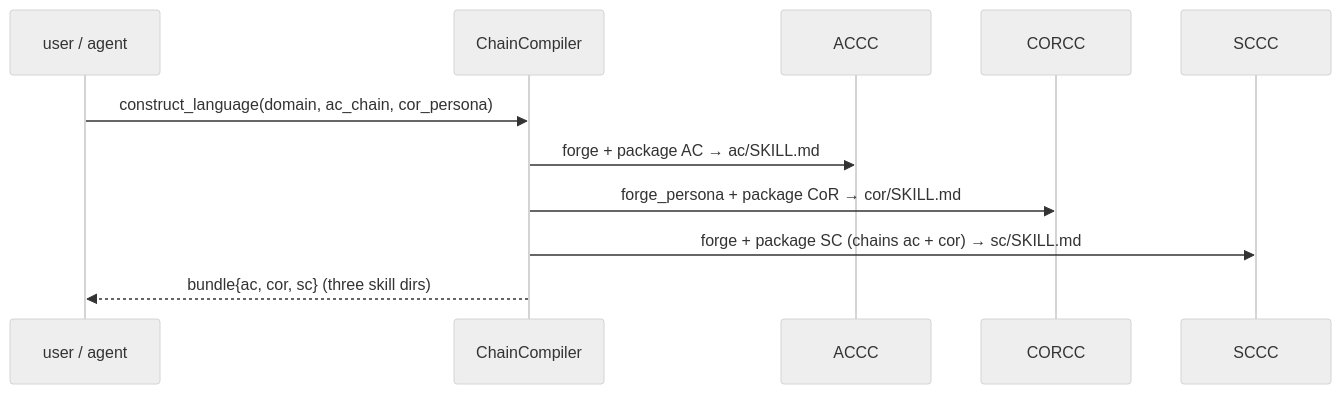
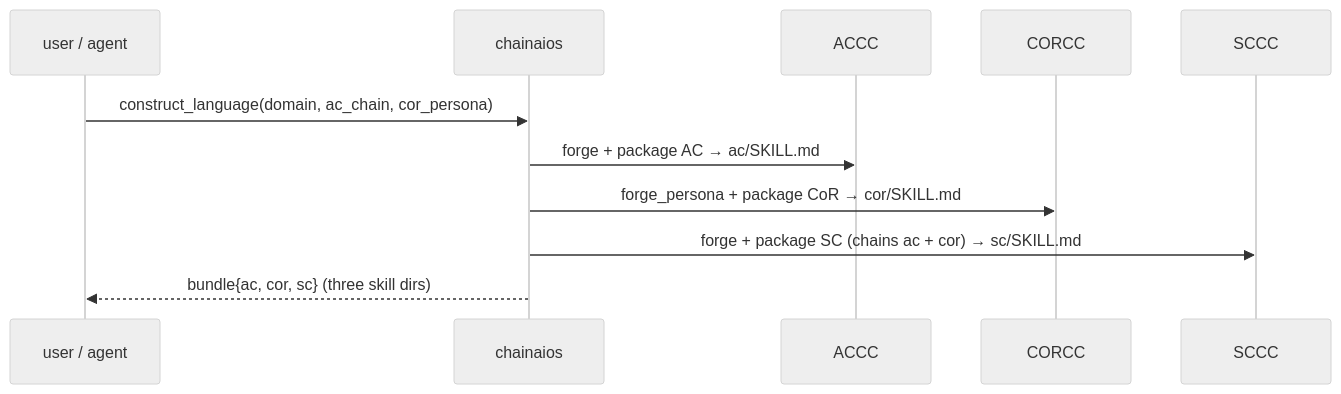
One commit to sancovp/chaincompiler changed the second of 6 diagrams in .claude/rules/20-architecture-flows.md. Above: the diagram before and after it, drawn with Mermaid (neutral theme). The commit also changed other lines of this file and 63 other files, not shown here.

````diff
--- a/.claude/rules/20-architecture-flows.md
+++ b/.claude/rules/20-architecture-flows.md
@@ -33,13 +33,13 @@
 ```mermaid
 sequenceDiagram
     participant U as user / agent
-    participant CC as ChainCompiler
+    participant CC as chainaios
     participant A as ACCC
     participant C as CORCC
     participant S as SCCC
     U->>CC: construct_language(domain, ac_chain, cor_persona)
     CC->>A: forge + package AC  →  ac/SKILL.md
     CC->>C: forge_persona + package CoR  →  cor/SKILL.md
     CC->>S: forge + package SC (chains ac + cor)  →  sc/SKILL.md
     CC-->>U: bundle{ac, cor, sc}  (three skill dirs)
 ```
````
